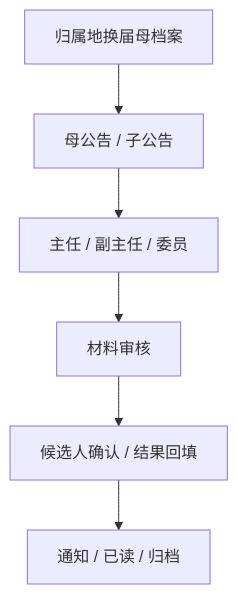
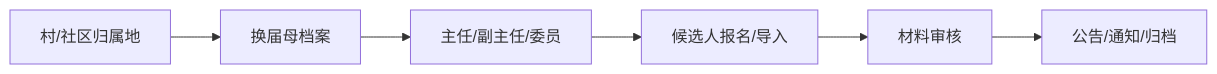
Before and after one commit to 4xiaxia/election-v2: the first of 2 diagrams in 副船长的航海接力日志/README.md, drawn with Mermaid. The commit also changed other lines of this file and 29 other files, not shown here.

````diff
--- a/副船长的航海接力日志/README.md
+++ b/副船长的航海接力日志/README.md
@@ -16,8 +7,8 @@
 ```mermaid
-flowchart TD
-    A[归属地换届母档案] --> B[母公告 / 子公告]
-    B --> C[主任 / 副主任 / 委员]
-    C --> D[材料审核]
-    D --> E[候选人确认 / 结果回填]
-    E --> F[通知 / 已读 / 归档]
+flowchart LR
+    A[村/社区归属地] --> B[换届母档案]
+    B --> C[主任/副主任/委员]
+    C --> D[候选人报名/导入]
+    D --> E[材料审核]
+    E --> F[公告/通知/归档]
 ```
````
